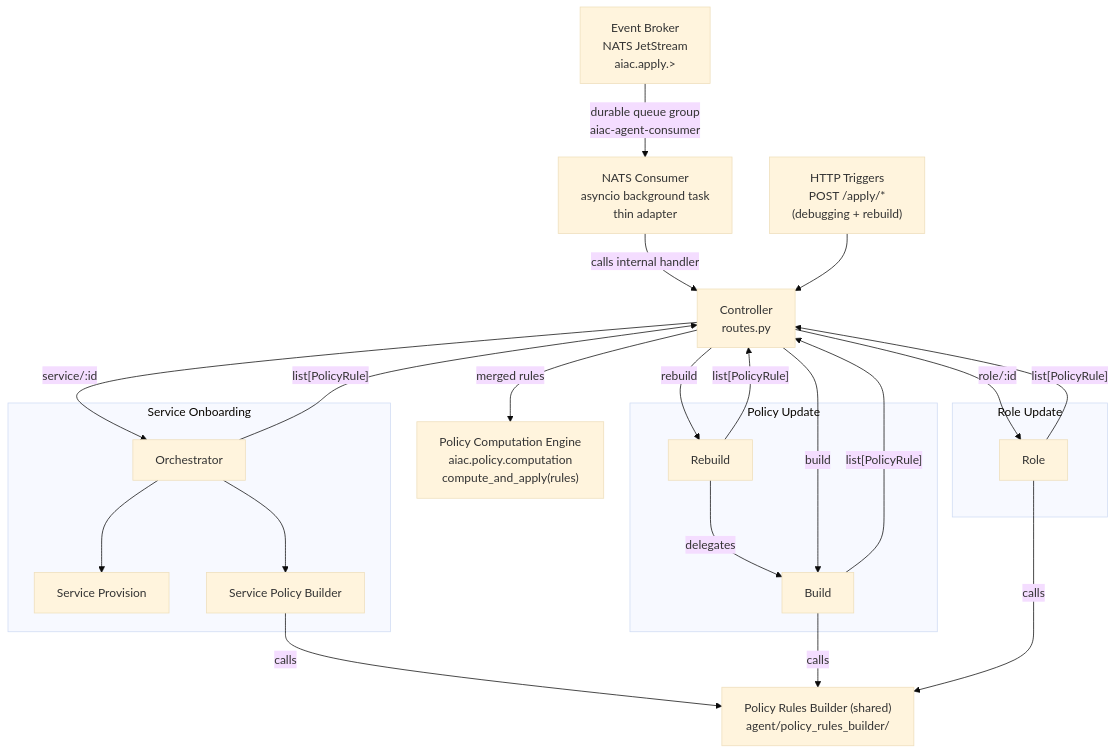
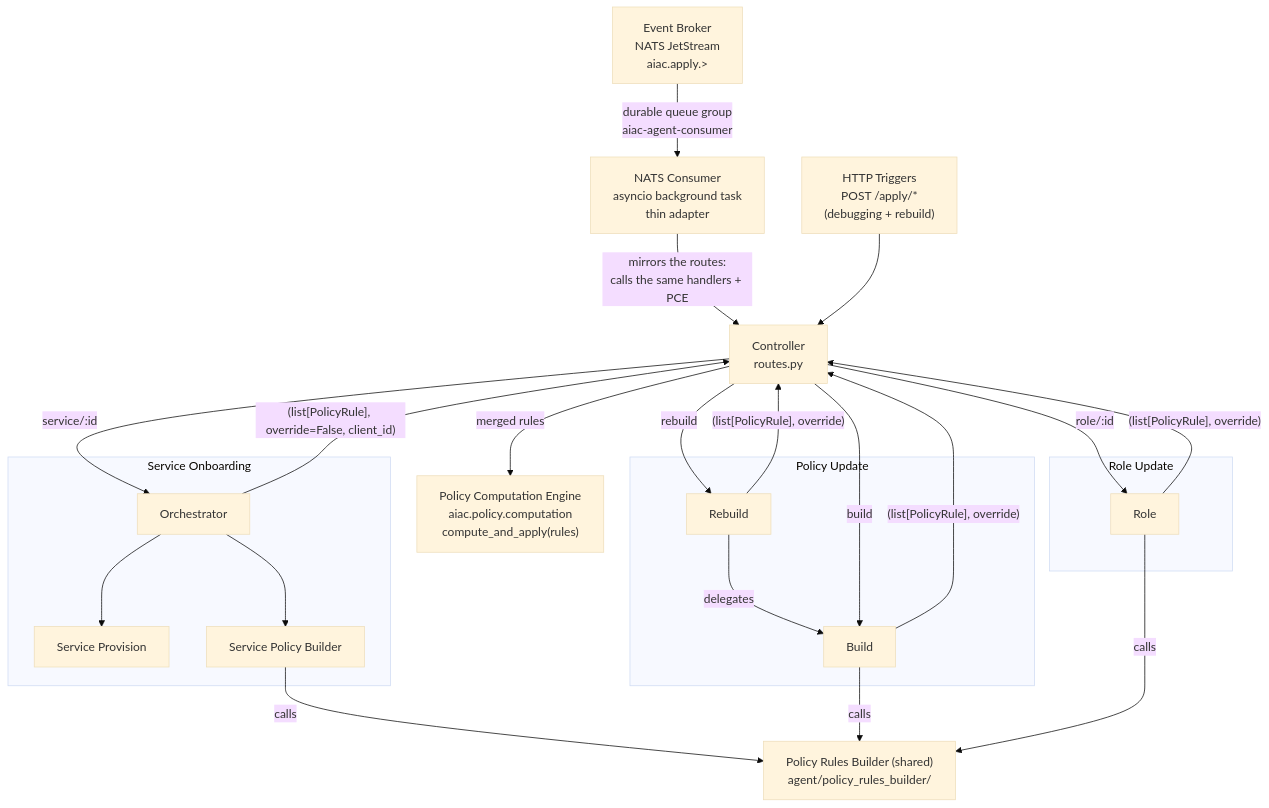
One commit to rossoctl/aiac changed the diagram in docs/specs/components/aiac-agent.md. Above: the diagram before and after it, drawn with Mermaid (base theme). The commit also changed other lines of this file and 33 other files, not shown here.

````diff
--- a/docs/specs/components/aiac-agent.md
+++ b/docs/specs/components/aiac-agent.md
@@ -28,48 +30,48 @@
 ```mermaid
 flowchart TD
     NATS["Event Broker\nNATS JetStream\naiac.apply.>"]
     NATS_CONSUMER["NATS Consumer\nasyncio background task\nthin adapter"]
     TRIGGERS["HTTP Triggers\nPOST /apply/*\n(debugging + rebuild)"]
     CTRL["Controller\nroutes.py"]
 
     NATS -->|"durable queue group\naiac-agent-consumer"| NATS_CONSUMER
-    NATS_CONSUMER -->|"calls internal handler"| CTRL
+    NATS_CONSUMER -->|"mirrors the routes:\ncalls the same handlers + PCE"| CTRL
     TRIGGERS --> CTRL
 
     subgraph CO["Service Onboarding"]
         ORC1["Orchestrator"]
         SA1["Service Provision"]
         SA2["Service Policy Builder"]
         ORC1 --> SA1
         ORC1 --> SA2
     end
 
     subgraph PU["Policy Update"]
         SA4["Build"]
         SA5["Rebuild"]
         SA5 -->|"delegates"| SA4
     end
 
     subgraph RR["Role Update"]
         SA6["Role"]
     end
 
     PRB["Policy Rules Builder (shared)\nagent/policy_rules_builder/"]
     PCE["Policy Computation Engine\naiac.policy.computation\ncompute_and_apply(rules)"]
 
     CTRL -->|"service/:id"| ORC1
     CTRL -->|"build"| SA4
     CTRL -->|"rebuild"| SA5
     CTRL -->|"role/:id"| SA6
 
     SA2  -->|"calls"| PRB
     SA4  -->|"calls"| PRB
     SA6  -->|"calls"| PRB
 
-    ORC1 -->|"list[PolicyRule]"| CTRL
-    SA4  -->|"list[PolicyRule]"| CTRL
-    SA5  -->|"list[PolicyRule]"| CTRL
-    SA6  -->|"list[PolicyRule]"| CTRL
+    ORC1 -->|"(list[PolicyRule], override=False, client_id)"| CTRL
+    SA4  -->|"(list[PolicyRule], override)"| CTRL
+    SA5  -->|"(list[PolicyRule], override)"| CTRL
+    SA6  -->|"(list[PolicyRule], override)"| CTRL
 
     CTRL -->|"merged rules"| PCE
 ```
````
